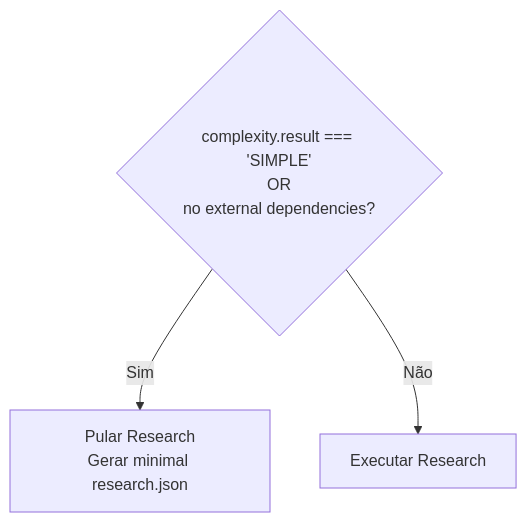
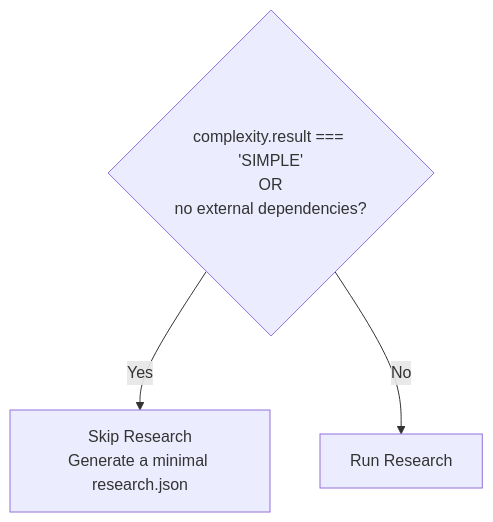
Before and after one commit to CyryxLabs/AEXOS: diagram 13 of 17 in docs/aexos-workflows/spec-pipeline-workflow.md, drawn with Mermaid. The commit also changed other lines of this file and 528 other files, not shown here.

````diff
--- a/docs/aexos-workflows/spec-pipeline-workflow.md
+++ b/docs/aexos-workflows/spec-pipeline-workflow.md
@@ -836,6 +836,6 @@
 ```mermaid
 flowchart TB
     D2{"complexity.result === 'SIMPLE'<br/>OR<br/>no external dependencies?"}
-    D2 -->|Sim| SKIP["Pular Research<br/>Gerar minimal research.json"]
-    D2 -->|Não| RUN["Executar Research"]
+    D2 -->|Yes| SKIP["Skip Research<br/>Generate a minimal research.json"]
+    D2 -->|No| RUN["Run Research"]
 ```
````
